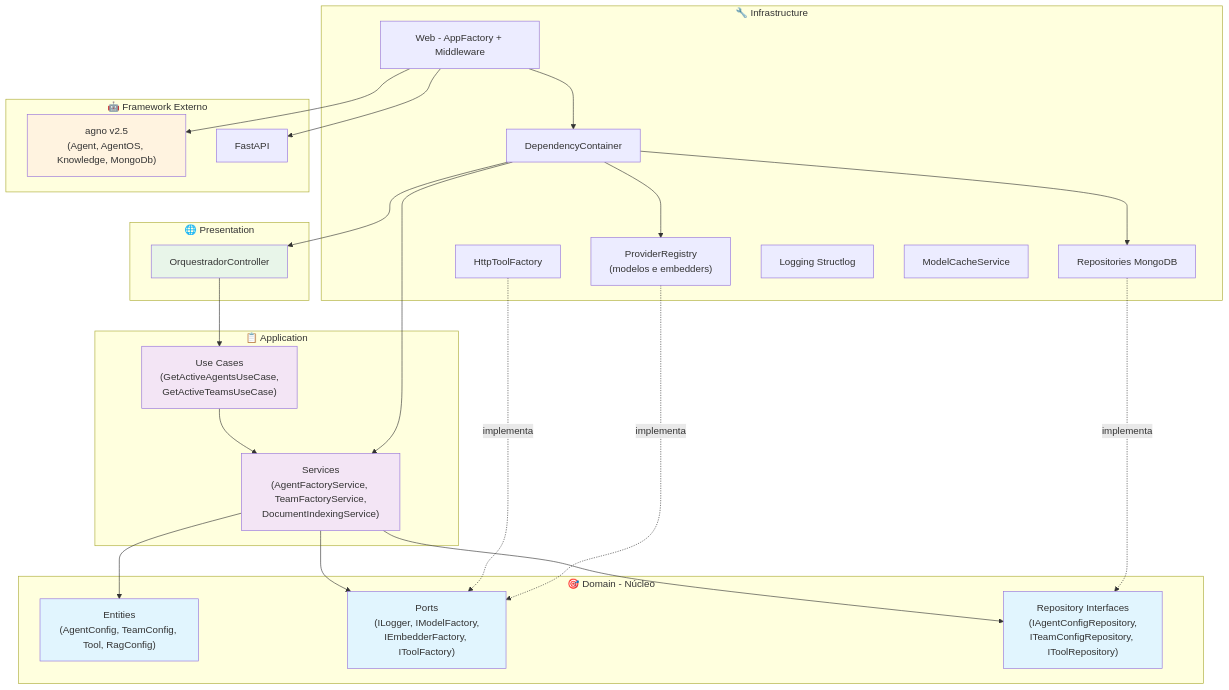
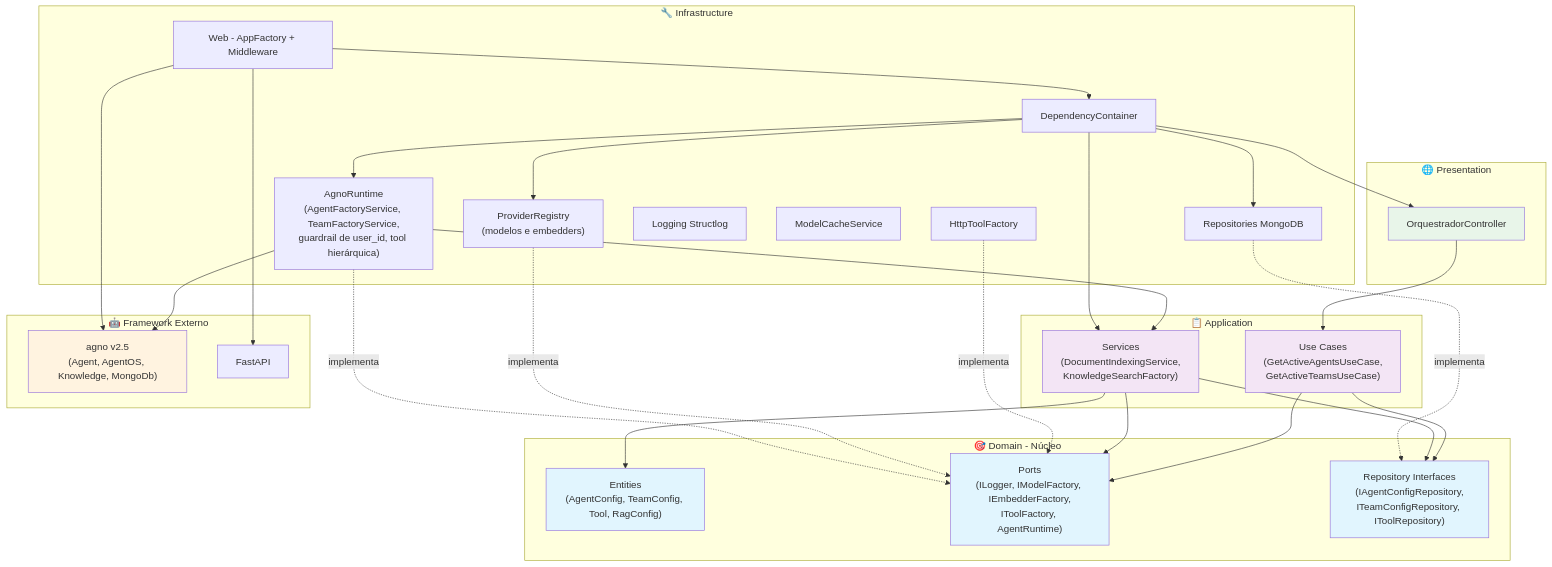
Before and after one commit to Mosfet04/orquestradorIAPythonArgo: the first of 5 diagrams in README.pt-br.md, drawn with Mermaid. The commit also changed other lines of this file and 50 other files, not shown here.

````diff
--- a/README.pt-br.md
+++ b/README.pt-br.md
@@ -177,56 +177,62 @@
 ```mermaid
 graph TB
     subgraph "🎯 Domain - Núcleo"
         E["Entities<br/>(AgentConfig, TeamConfig, Tool, RagConfig)"]
-        RP["Ports<br/>(ILogger, IModelFactory,<br/>IEmbedderFactory, IToolFactory)"]
+        RP["Ports<br/>(ILogger, IModelFactory, IEmbedderFactory,<br/>IToolFactory, AgentRuntime)"]
         RI["Repository Interfaces<br/>(IAgentConfigRepository,<br/>ITeamConfigRepository, IToolRepository)"]
     end
 
     subgraph "📋 Application"
         UC["Use Cases<br/>(GetActiveAgentsUseCase,<br/>GetActiveTeamsUseCase)"]
-        AS["Services<br/>(AgentFactoryService, TeamFactoryService,<br/>DocumentIndexingService)"]
+        AS["Services<br/>(DocumentIndexingService,<br/>KnowledgeSearchFactory)"]
     end
 
     subgraph "🔧 Infrastructure"
         DB["Repositories MongoDB"]
         WEB["Web - AppFactory + Middleware"]
         HTTP["HttpToolFactory"]
         PROV["ProviderRegistry<br/>(modelos e embedders)"]
+        RT["AgnoRuntime<br/>(AgentFactoryService, TeamFactoryService,<br/>guardrail de user_id, tool hierárquica)"]
         LOG["Logging Structlog"]
         CACHE["ModelCacheService"]
         DI["DependencyContainer"]
     end
 
     subgraph "🌐 Presentation"
         CTRL["OrquestradorController"]
     end
 
     subgraph "🤖 Framework Externo"
         AGNO["agno v2.5<br/>(Agent, AgentOS, Knowledge, MongoDb)"]
         FAST["FastAPI"]
     end
 
     CTRL --> UC
-    UC --> AS
+    UC --> RP
+    UC --> RI
     AS --> E
     AS --> RI
     AS --> RP
     DB -.->|implementa| RI
     HTTP -.->|implementa| RP
     PROV -.->|implementa| RP
+    RT -.->|implementa| RP
+    RT --> AS
+    RT --> AGNO
     DI --> PROV
+    DI --> RT
     DI --> CTRL
     DI --> AS
     DI --> DB
     WEB --> DI
     WEB --> FAST
     WEB --> AGNO
 
     style E fill:#e1f5fe
     style RP fill:#e1f5fe
     style RI fill:#e1f5fe
     style UC fill:#f3e5f5
     style AS fill:#f3e5f5
     style CTRL fill:#e8f5e9
     style AGNO fill:#fff3e0
 ```
````
